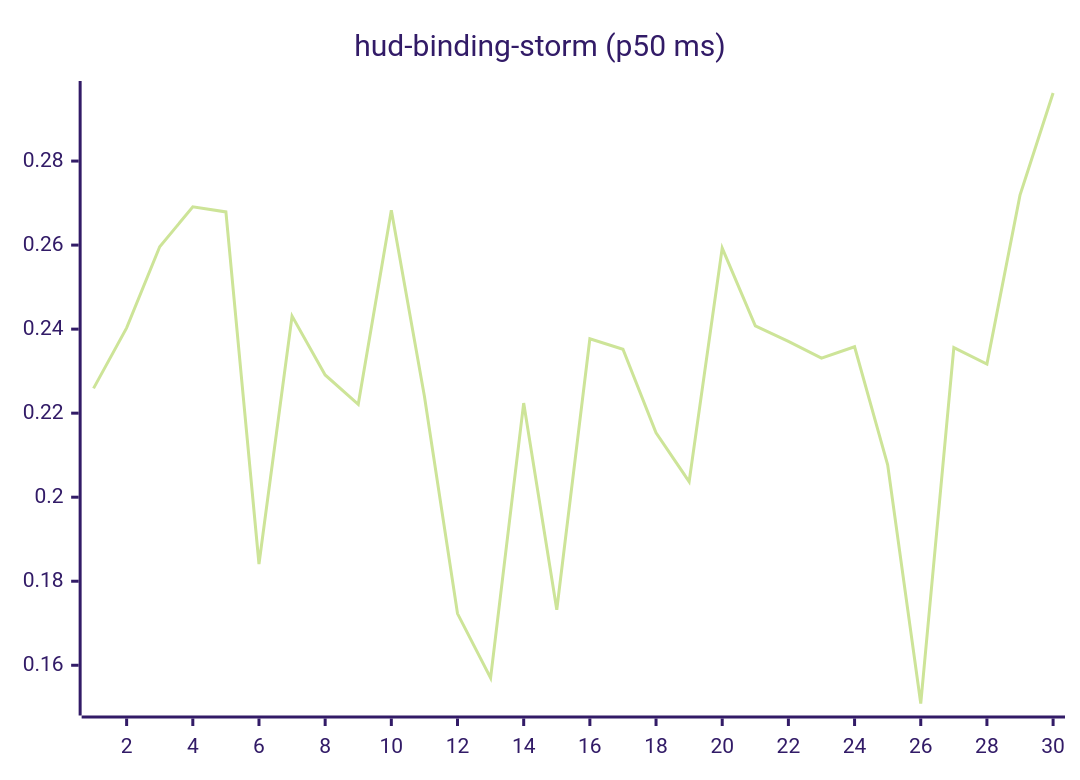
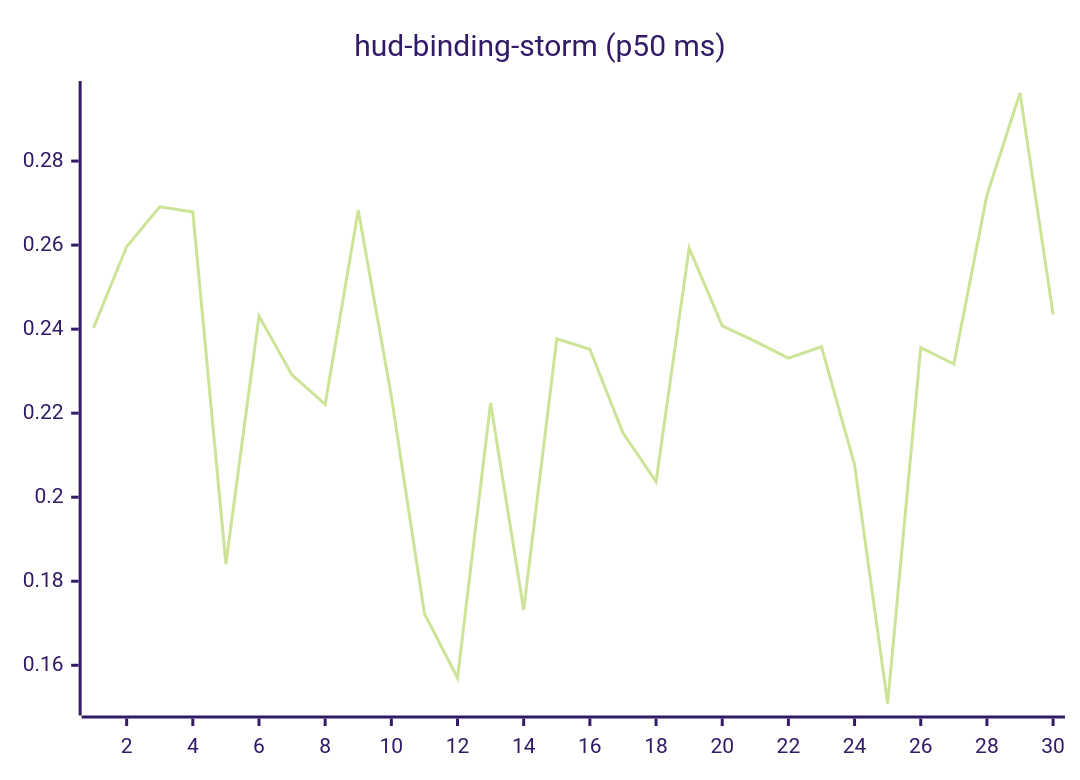
Before and after one commit to josha/Facet: the tenth of 27 diagrams in README.md, drawn with Mermaid (forest theme). The commit also changed other lines of this file and 2 other files, not shown here.

````diff
--- a/README.md
+++ b/README.md
@@ -126,6 +126,6 @@
 ```mermaid
 xychart-beta
     title "hud-binding-storm (p50 ms)"
     x-axis 1 --> 30
-    line [0.2259, 0.2403, 0.2596, 0.2691, 0.2679, 0.1841, 0.2431, 0.2291, 0.2221, 0.2683, 0.2240, 0.1723, 0.1570, 0.2224, 0.1732, 0.2377, 0.2352, 0.2153, 0.2037, 0.2593, 0.2408, 0.2371, 0.2331, 0.2358, 0.2077, 0.1509, 0.2356, 0.2317, 0.2719, 0.2962]
+    line [0.2403, 0.2596, 0.2691, 0.2679, 0.1841, 0.2431, 0.2291, 0.2221, 0.2683, 0.2240, 0.1723, 0.1570, 0.2224, 0.1732, 0.2377, 0.2352, 0.2153, 0.2037, 0.2593, 0.2408, 0.2371, 0.2331, 0.2358, 0.2077, 0.1509, 0.2356, 0.2317, 0.2719, 0.2962, 0.2435]
 ```
````
